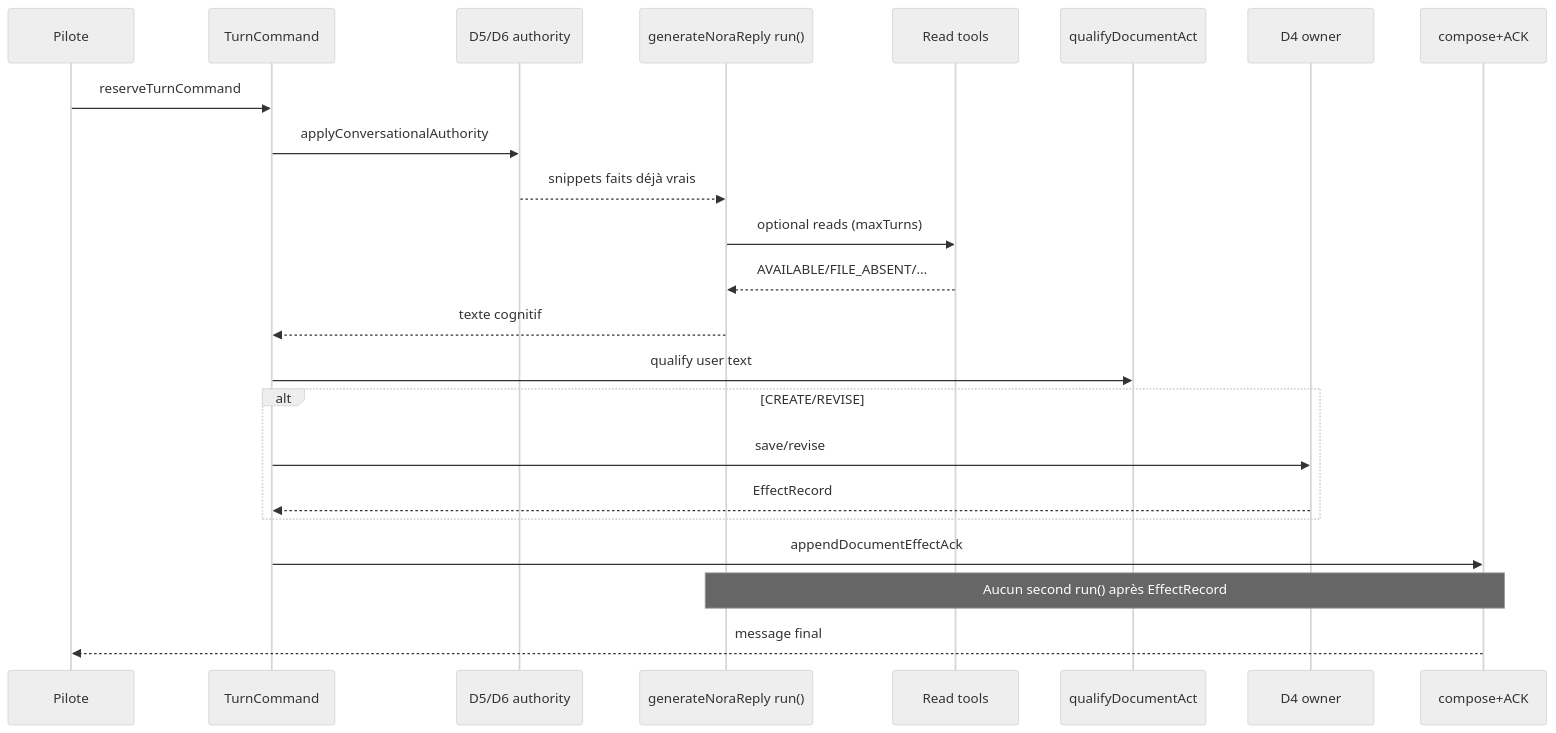
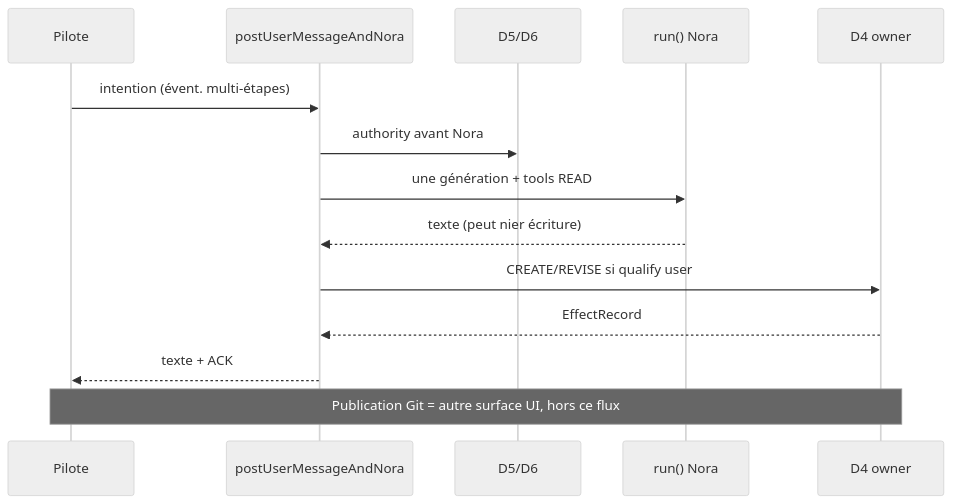
The first of 3 diagrams in sfia-review-handoff/latest-chatgpt-review.md (mcleland147/sfia-workspace), drawn with Mermaid (neutral theme) before and after one commit. The commit also changed other lines of this file, not shown here.

Commit message:
review(next): R5 cycle6 end-to-end intent continuity architecture vs validated cadrage

````diff
--- a/sfia-review-handoff/latest-chatgpt-review.md
+++ b/sfia-review-handoff/latest-chatgpt-review.md
@@ -98,25 +130,16 @@
 ```mermaid
 sequenceDiagram
-  participant U as Pilote
-  participant T as TurnCommand
-  participant A as D5/D6 authority
-  participant N as generateNoraReply run()
-  participant R as Read tools
-  participant Q as qualifyDocumentAct
+  participant P as Pilote
+  participant S as postUserMessageAndNora
+  participant A as D5/D6
+  participant N as run() Nora
   participant D4 as D4 owner
-  participant C as compose+ACK
-  U->>T: reserveTurnCommand
-  T->>A: applyConversationalAuthority
-  A-->>N: snippets faits déjà vrais
-  N->>R: optional reads (maxTurns)
-  R-->>N: AVAILABLE/FILE_ABSENT/…
-  N-->>T: texte cognitif
-  T->>Q: qualify user text
-  alt CREATE/REVISE
-    T->>D4: save/revise
-    D4-->>T: EffectRecord
-  end
-  T->>C: appendDocumentEffectAck
-  Note over N,C: Aucun second run() après EffectRecord
-  C-->>U: message final
+  P->>S: intention (évent. multi-étapes)
+  S->>A: authority avant Nora
+  S->>N: une génération + tools READ
+  N-->>S: texte (peut nier écriture)
+  S->>D4: CREATE/REVISE si qualify user
+  D4-->>S: EffectRecord
+  S-->>P: texte + ACK
+  Note over P,D4: Publication Git = autre surface UI, hors ce flux
 ```
````
